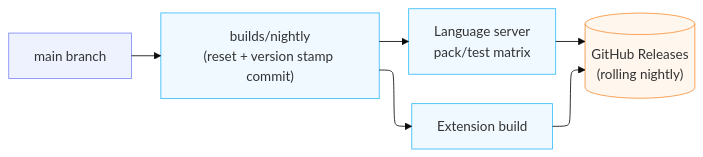
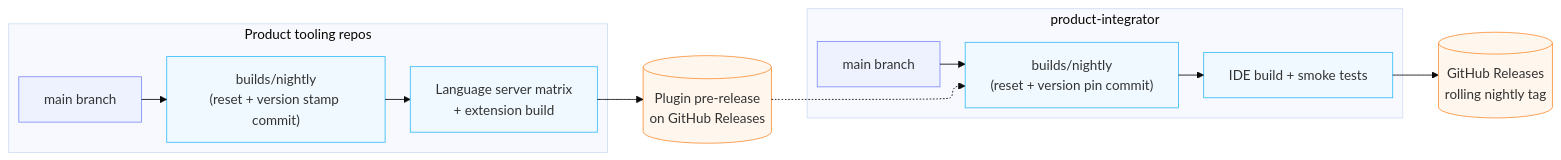
Before and after one commit to wso2/product-integrator: the fourth of 5 diagrams in docs/cicd-pipelines.md, drawn with Mermaid (base theme). The commit also changed other lines of this file and 4 other files, not shown here.

````diff
--- a/docs/cicd-pipelines.md
+++ b/docs/cicd-pipelines.md
@@ -95,12 +88,20 @@
 ```mermaid
 %%{init: {"layout": "elk"}}%%
 graph LR
-    M["main branch"]:::trigger --> NB["builds/nightly<br>(reset + version stamp commit)"]:::stage
-    NB --> LS["Language server<br>pack/test matrix"]:::stage
-    NB --> EX["Extension build"]:::stage
-    LS --> PUB[("GitHub Releases<br>(rolling nightly)")]:::artifact
-    EX --> PUB
+    subgraph TOOL["Product tooling repos"]
+        PM["main branch"]:::trigger --> PNB["builds/nightly<br>(reset + version stamp commit)"]:::stage
+        PNB --> PBUILD["Language server matrix<br>+ extension build"]:::stage
+    end
+
+    subgraph DIST["product-integrator"]
+        M["main branch"]:::trigger --> NB["builds/nightly<br>(reset + version pin commit)"]:::stage
+        NB --> AS["IDE build + smoke tests"]:::stage
+    end
+
+    PBUILD --> PPUB[("Plugin pre-release<br>on GitHub Releases")]:::artifact
+    PPUB -.-> NB
+    AS --> IA[("GitHub Releases<br>rolling nightly tag")]:::artifact
     classDef trigger stroke:#818cf8,fill:#eef2ff
     classDef stage stroke:#38bdf8,fill:#f0f9ff
     classDef artifact stroke:#fb923c,fill:#fff7ed
 ```
````
